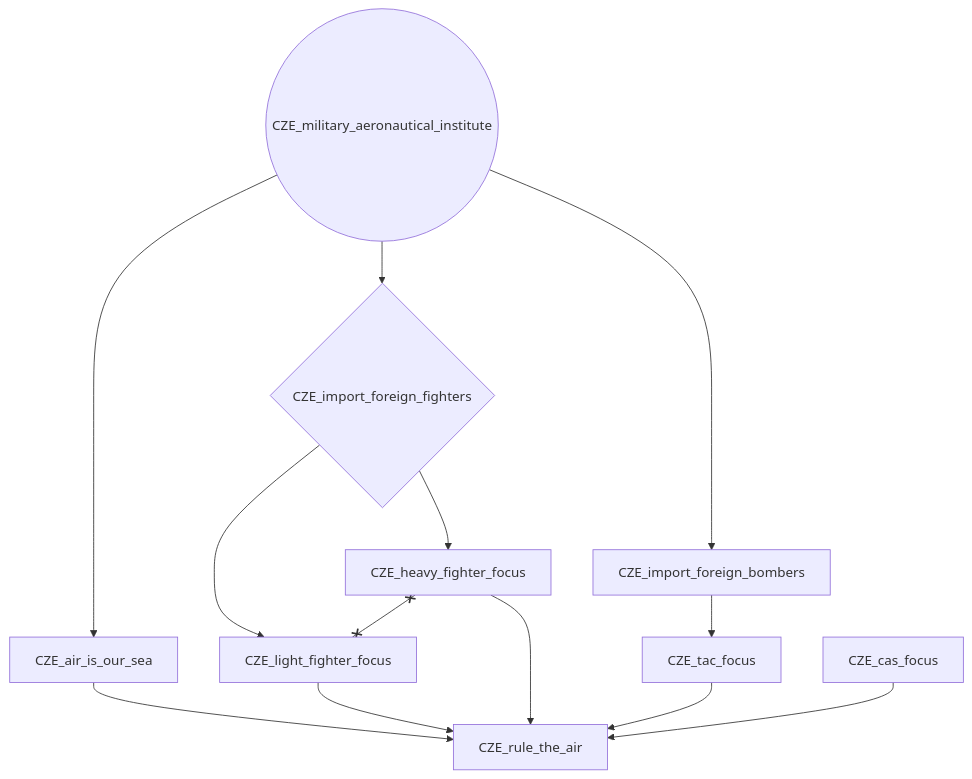
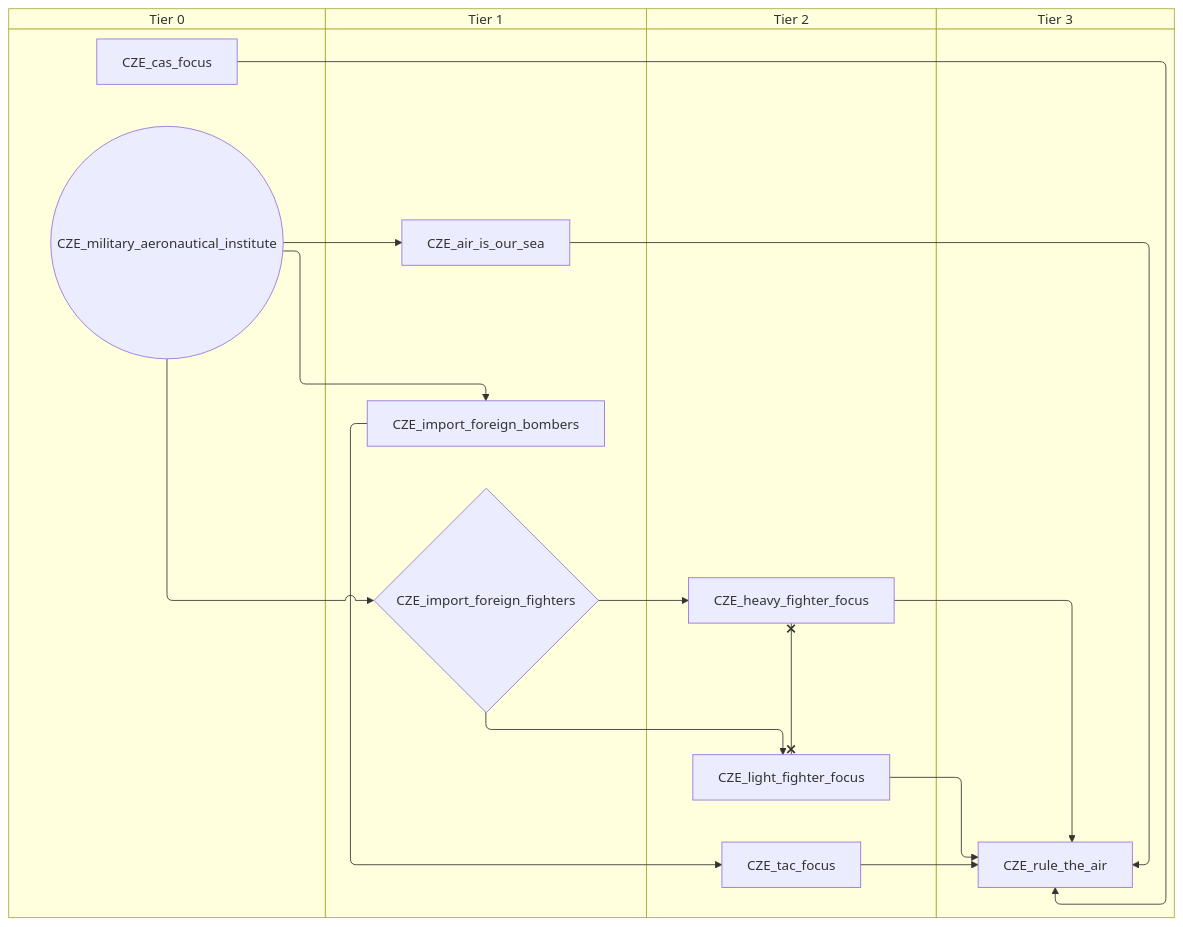
The fourth of 8 diagrams in docs/gdd/National Focuses/r56/czechoslovakia.md (evgeny-sobol/hoi4-sandbox-mode-r56), drawn with Mermaid before and after one commit. The commit also changed other lines of this file and 423 other files, not shown here.

First line of the commit message:
Re-export Rt56 focus trees as swimlane diagrams

````diff
--- a/docs/gdd/National Focuses/r56/czechoslovakia.md
+++ b/docs/gdd/National Focuses/r56/czechoslovakia.md
@@ -76,24 +102,32 @@
 ```mermaid
-flowchart TD
-    n28["CZE_air_is_our_sea"]
-    n29["CZE_cas_focus"]
-    n30["CZE_heavy_fighter_focus"]
-    n31["CZE_import_foreign_bombers"]
-    n32{"CZE_import_foreign_fighters"}
-    n33["CZE_light_fighter_focus"]
-    n34(("CZE_military_aeronautical_institute"))
-    n35["CZE_rule_the_air"]
-    n36["CZE_tac_focus"]
-    n34 --> n28
-    n32 --> n30
-    n34 --> n31
-    n34 --> n32
+swimlane-beta TD
+    subgraph tier_0["Tier 0"]
+        n28["CZE_cas_focus"]
+        n29(("CZE_military_aeronautical_institute"))
+    end
+    subgraph tier_1["Tier 1"]
+        n30["CZE_air_is_our_sea"]
+        n31["CZE_import_foreign_bombers"]
+        n32{"CZE_import_foreign_fighters"}
+    end
+    subgraph tier_2["Tier 2"]
+        n33["CZE_heavy_fighter_focus"]
+        n34["CZE_light_fighter_focus"]
+        n35["CZE_tac_focus"]
+    end
+    subgraph tier_3["Tier 3"]
+        n36["CZE_rule_the_air"]
+    end
+    n29 --> n30
     n32 --> n33
-    n28 --> n35
-    n33 --> n35
-    n30 --> n35
-    n36 --> n35
-    n29 --> n35
-    n31 --> n36
-    n30 x--x n33
+    n29 --> n31
+    n29 --> n32
+    n32 --> n34
+    n30 --> n36
+    n34 --> n36
+    n33 --> n36
+    n35 --> n36
+    n28 --> n36
+    n31 --> n35
+    n33 x--x n34
 ```
````
